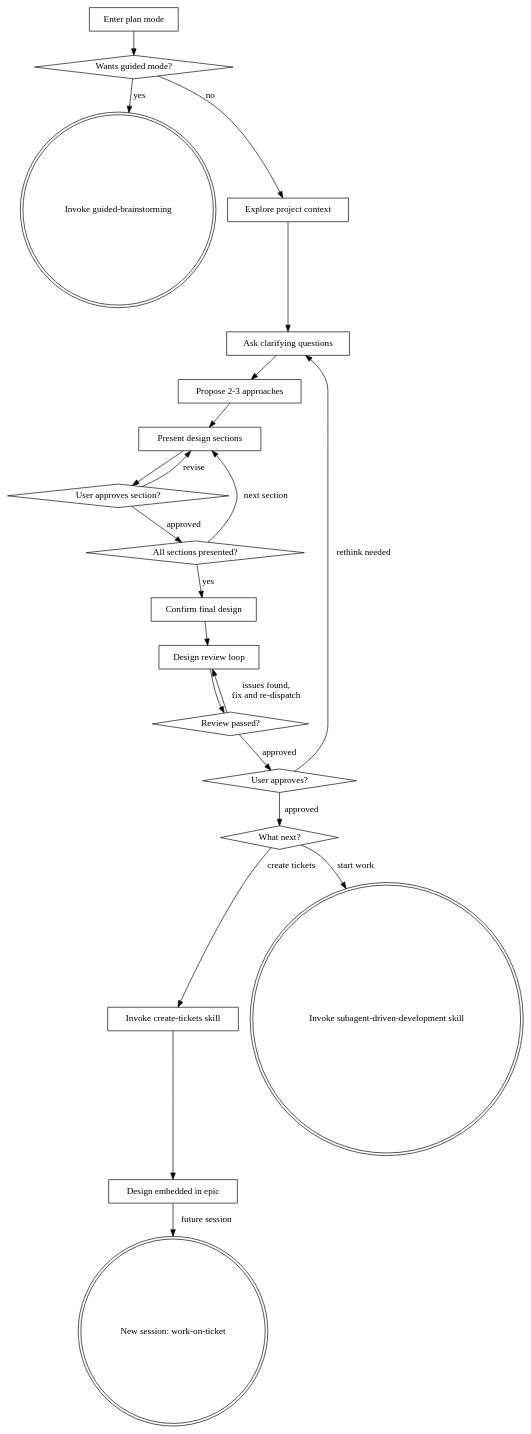
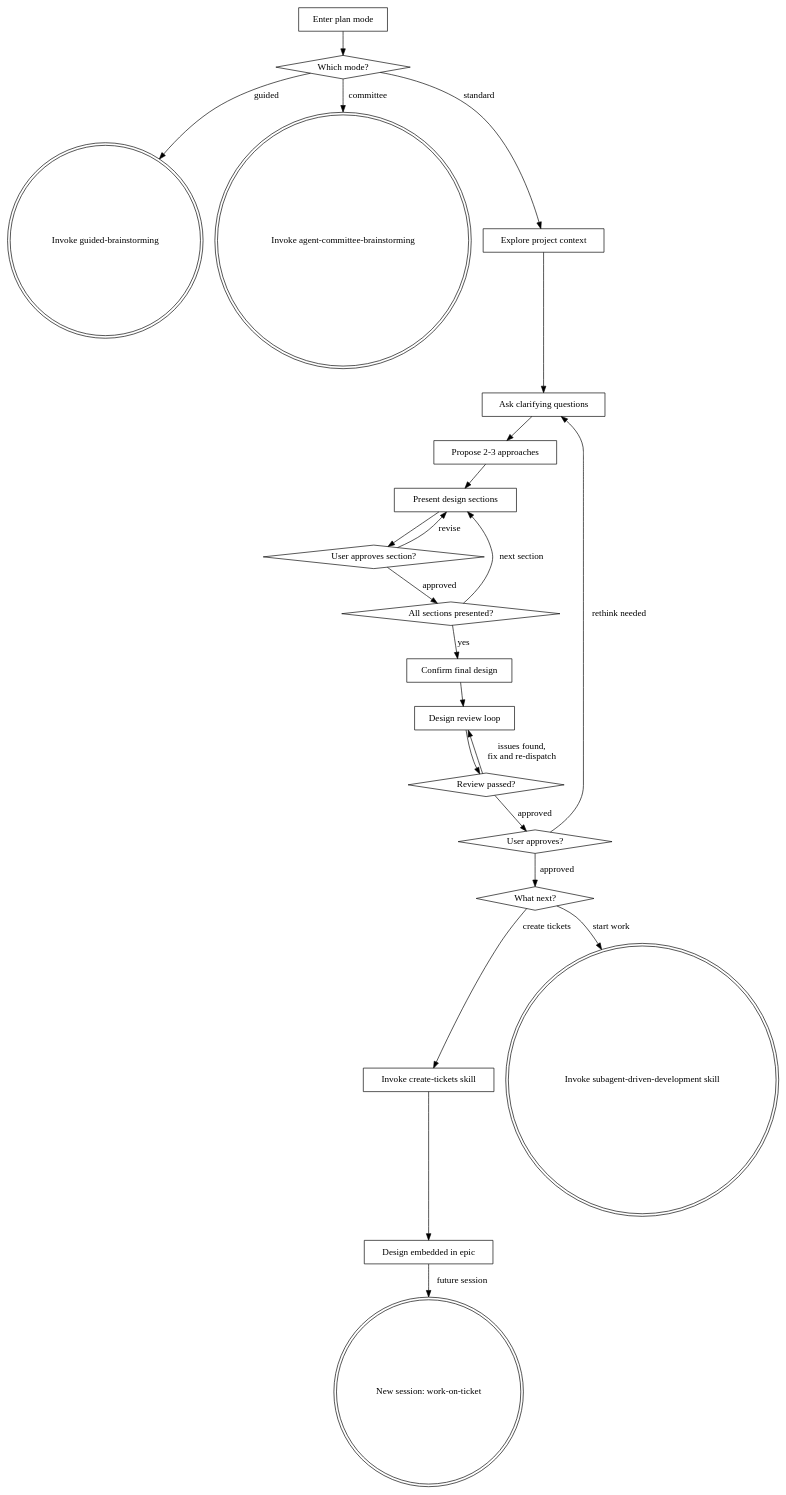
Before and after one commit to philipobenito/dot: the diagram in ai/skills/brainstorming/SKILL.md, drawn with Graphviz. The commit also changed other lines of this file and 3 other files, not shown here.

Commit message:
Add "agent-committee-brainstorming" skill with templates for multi-agent deliberation and design automation

````diff
--- a/ai/skills/brainstorming/SKILL.md
+++ b/ai/skills/brainstorming/SKILL.md
@@ -46,45 +46,47 @@
 ```dot
 digraph brainstorming {
     rankdir=TB;
     "Enter plan mode" [shape=box];
-    "Wants guided mode?" [shape=diamond];
+    "Which mode?" [shape=diamond];
     "Invoke guided-brainstorming" [shape=doublecircle];
+    "Invoke agent-committee-brainstorming" [shape=doublecircle];
     "Explore project context" [shape=box];
     "Ask clarifying questions" [shape=box];
     "Propose 2-3 approaches" [shape=box];
     "Present design sections" [shape=box];
     "User approves section?" [shape=diamond];
     "All sections presented?" [shape=diamond];
     "Confirm final design" [shape=box];
     "Design review loop" [shape=box];
     "Review passed?" [shape=diamond];
     "User approves?" [shape=diamond];
     "What next?" [shape=diamond];
 
-    "Enter plan mode" -> "Wants guided mode?";
-    "Wants guided mode?" -> "Invoke guided-brainstorming" [label="yes"];
-    "Wants guided mode?" -> "Explore project context" [label="no"];
+    "Enter plan mode" -> "Which mode?";
+    "Which mode?" -> "Invoke guided-brainstorming" [label="guided"];
+    "Which mode?" -> "Invoke agent-committee-brainstorming" [label="committee"];
+    "Which mode?" -> "Explore project context" [label="standard"];
     "Explore project context" -> "Ask clarifying questions";
     "Ask clarifying questions" -> "Propose 2-3 approaches";
     "Propose 2-3 approaches" -> "Present design sections";
     "Present design sections" -> "User approves section?";
     "User approves section?" -> "Present design sections" [label="revise"];
     "User approves section?" -> "All sections presented?" [label="approved"];
     "All sections presented?" -> "Present design sections" [label="next section"];
     "All sections presented?" -> "Confirm final design" [label="yes"];
     "Confirm final design" -> "Design review loop";
     "Design review loop" -> "Review passed?";
     "Review passed?" -> "Design review loop" [label="issues found,\nfix and re-dispatch"];
     "Review passed?" -> "User approves?" [label="approved"];
     "User approves?" -> "Ask clarifying questions" [label="rethink needed"];
     "User approves?" -> "What next?" [label="approved"];
     "Invoke create-tickets skill" [shape=box];
     "Invoke subagent-driven-development skill" [shape=doublecircle];
     "What next?" -> "Invoke create-tickets skill" [label="create tickets"];
     "What next?" -> "Invoke subagent-driven-development skill" [label="start work"];
     "Design embedded in epic" [shape=box];
     "New session: work-on-ticket" [shape=doublecircle];
     "Invoke create-tickets skill" -> "Design embedded in epic";
     "Design embedded in epic" -> "New session: work-on-ticket" [label="future session"];
 }
 ```
````
